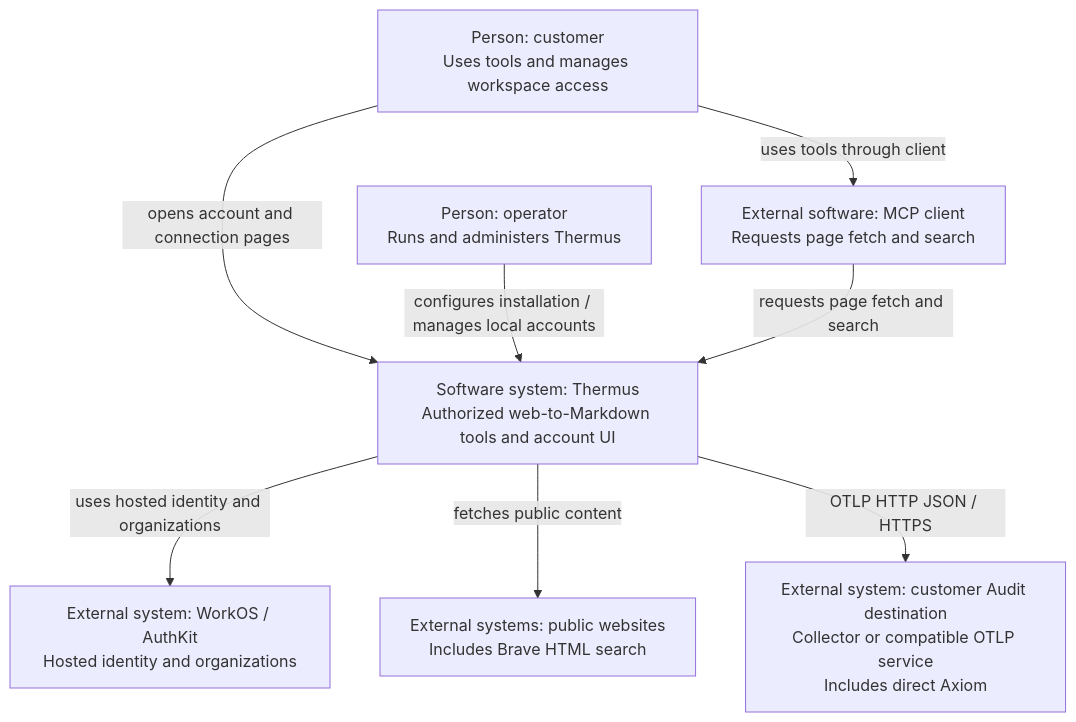
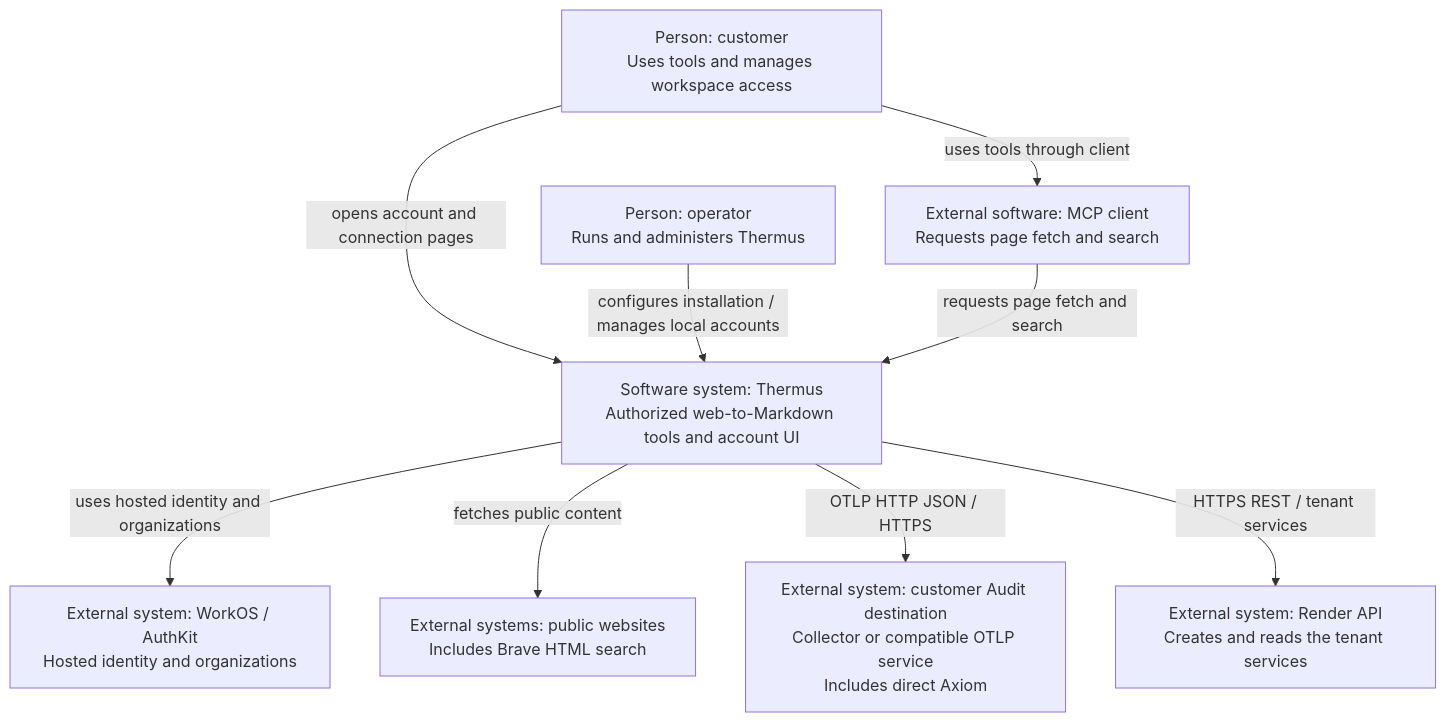
The first of 18 diagrams in architecture/components.md (tomer-mayara/Thermus), drawn with Mermaid before and after one commit. The commit also changed other lines of this file and 55 other files, not shown here.

First line of the commit message:
Provision a tenant service on Render from a requested registry row (SO-06) (#283)

````diff
--- a/architecture/components.md
+++ b/architecture/components.md
@@ -30,18 +32,20 @@
 ```mermaid
 %%{init: {"flowchart": {"wrappingWidth": 260}}}%%
 flowchart TB
   context_customer["Person: customer<br/>Uses tools and manages workspace access"]
   context_operator["Person: operator<br/>Runs and administers Thermus"]
   context_client["External software: MCP client<br/>Requests page fetch and search"]
   context_thermus["Software system: Thermus<br/>Authorized web-to-Markdown tools and account UI"]
   context_workos["External system: WorkOS / AuthKit<br/>Hosted identity and organizations"]
   context_public["External systems: public websites<br/>Includes Brave HTML search"]
   context_collector["External system: customer Audit destination<br/>Collector or compatible OTLP service<br/>Includes direct Axiom"]
+  context_render["External system: Render API<br/>Creates and reads the tenant services"]
   context_customer -->|uses tools through client| context_client
   context_customer -->|opens account and connection pages| context_thermus
   context_operator -->|configures installation / manages local accounts| context_thermus
   context_client -->|requests page fetch and search| context_thermus
   context_thermus -->|uses hosted identity and organizations| context_workos
   context_thermus -->|fetches public content| context_public
   context_thermus -->|OTLP HTTP JSON / HTTPS| context_collector
+  context_thermus -->|HTTPS REST / tenant services| context_render
 ```
````
